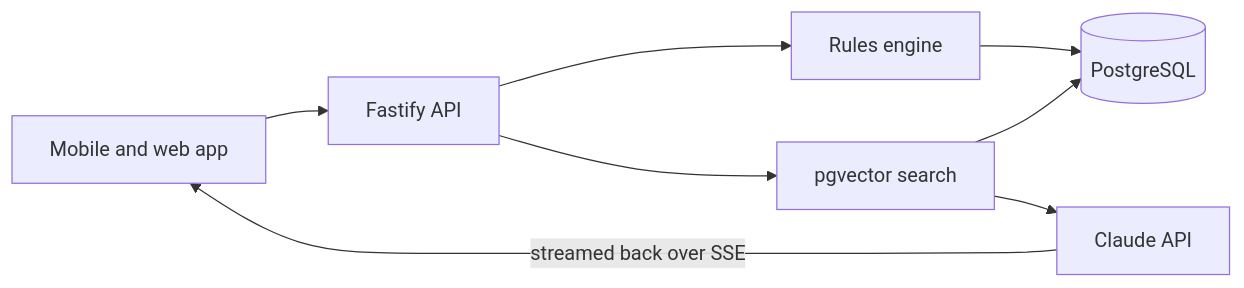
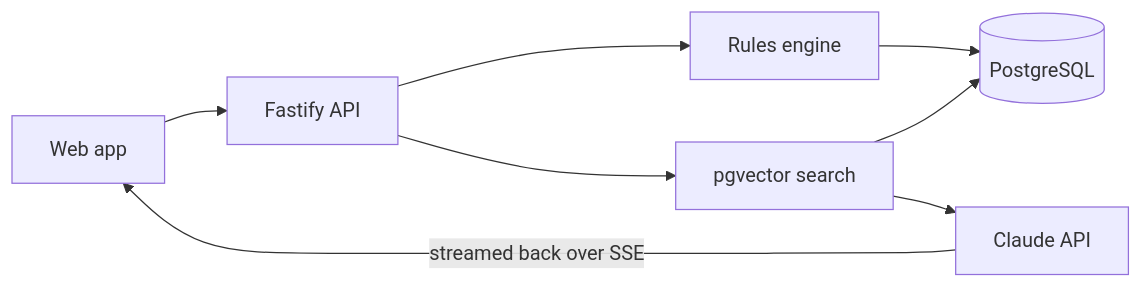
The second of 2 diagrams in README.md (LordMaduz/LordMaduz), drawn with Mermaid before and after one commit.

Commit message:
fix: LandedNZ is a web app

````diff
--- a/README.md
+++ b/README.md
@@ -27,8 +27,8 @@
 ```mermaid
 flowchart LR
-  U["Mobile and web app"] --> API["Fastify API"]
+  U["Web app"] --> API["Fastify API"]
   API --> R["Rules engine"] --> DB[("PostgreSQL")]
   API --> S["pgvector search"] --> DB
   S --> CL["Claude API"]
   CL -- "streamed back over SSE" --> U
 ```
````
